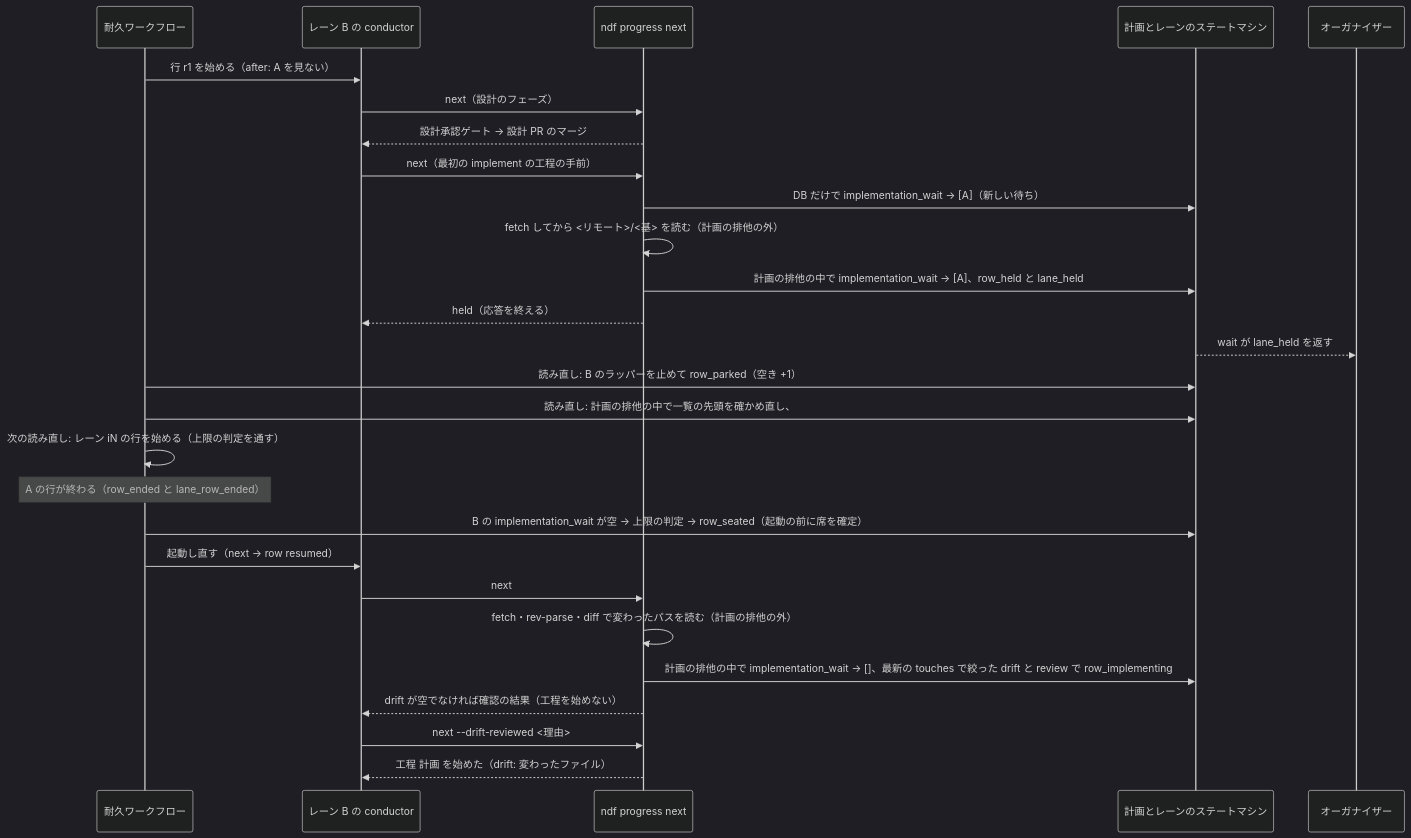
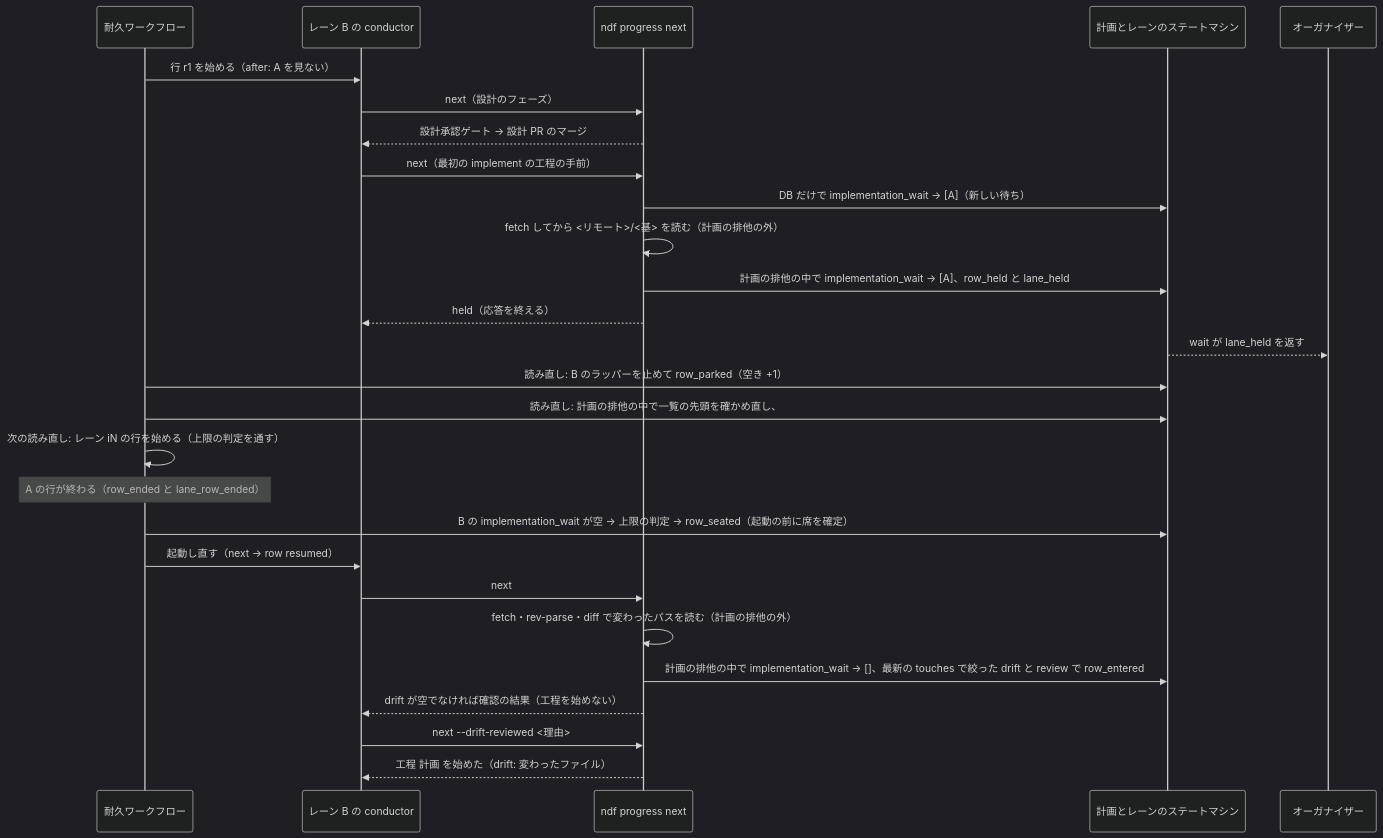
The seventh of 7 diagrams in issues/issue-4050-design.md (devbasex/ai-plugins), drawn with Mermaid (dark theme) before and after one commit. The commit also changed other lines of this file and 2 other files, not shown here.

````diff
--- a/issues/issue-4050-design.md
+++ b/issues/issue-4050-design.md
@@ -246,29 +423,29 @@
 ```mermaid
 sequenceDiagram
   participant WF as 耐久ワークフロー
   participant C as レーン B の conductor
   participant P as ndf progress next
   participant M as 計画とレーンのステートマシン
   participant O as オーガナイザー
   WF->>C: 行 r1 を始める（after: A を見ない）
   C->>P: next（設計のフェーズ）
   P-->>C: 設計承認ゲート → 設計 PR のマージ
   C->>P: next（最初の implement の工程の手前）
   P->>M: DB だけで implementation_wait → [A]（新しい待ち）
   P->>P: fetch してから <リモート>/<基> を読む（計画の排他の外）
   P->>M: 計画の排他の中で implementation_wait → [A]、row_held と lane_held
   P-->>C: held（応答を終える）
   M-->>O: wait が lane_held を返す
   WF->>M: 読み直し: B のラッパーを止めて row_parked（空き +1）
   WF->>M: 読み直し: 計画の排他の中で一覧の先頭を確かめ直し、#N を lane_added（workflow）
   WF->>WF: 次の読み直し: レーン iN の行を始める（上限の判定を通す）
   Note over WF: A の行が終わる（row_ended と lane_row_ended）
   WF->>M: B の implementation_wait が空 → 上限の判定 → row_seated（起動の前に席を確定）
   WF->>C: 起動し直す（next → row resumed）
   C->>P: next
   P->>P: fetch・rev-parse・diff で変わったパスを読む（計画の排他の外）
-  P->>M: 計画の排他の中で implementation_wait → []、最新の touches で絞った drift と review で row_implementing
+  P->>M: 計画の排他の中で implementation_wait → []、最新の touches で絞った drift と review で row_entered
   P-->>C: drift が空でなければ確認の結果（工程を始めない）
   C->>P: next --drift-reviewed <理由>
   P-->>C: 工程 計画 を始めた（drift: 変わったファイル）
 ```
````
